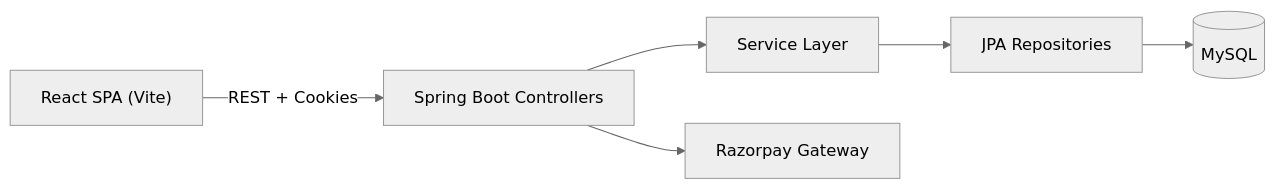
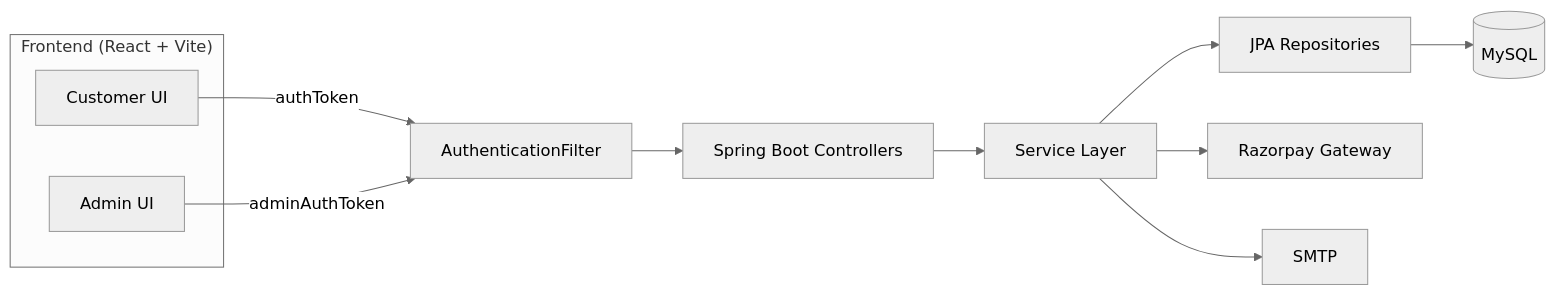
The first of 3 diagrams in PROJECT_REPORT.md (annnuuupam/NexCart), drawn with Mermaid (neutral theme) before and after one commit. The commit also changed other lines of this file and 41 other files, not shown here.

````diff
--- a/PROJECT_REPORT.md
+++ b/PROJECT_REPORT.md
@@ -89,8 +89,23 @@
 ```mermaid
 flowchart LR
-  UI["React SPA (Vite)"] -->|REST + Cookies| API["Spring Boot Controllers"]
-  API --> SVC["Service Layer"]
-  SVC --> REPO["JPA Repositories"]
-  REPO --> DB[("MySQL")]
-  API --> RP["Razorpay Gateway"]
+  subgraph FE["Frontend (React + Vite)"]
+    CUST["Customer UI"]
+    ADMIN["Admin UI"]
+  end
+  FILTER["AuthenticationFilter"]
+  API["Spring Boot Controllers"]
+  SVC["Service Layer"]
+  REPO["JPA Repositories"]
+  DB[("MySQL")]
+  RP["Razorpay Gateway"]
+  SMTP["SMTP"]
+
+  CUST -->|authToken| FILTER
+  ADMIN -->|adminAuthToken| FILTER
+  FILTER --> API
+  API --> SVC
+  SVC --> REPO
+  REPO --> DB
+  SVC --> RP
+  SVC --> SMTP
 ```
````
